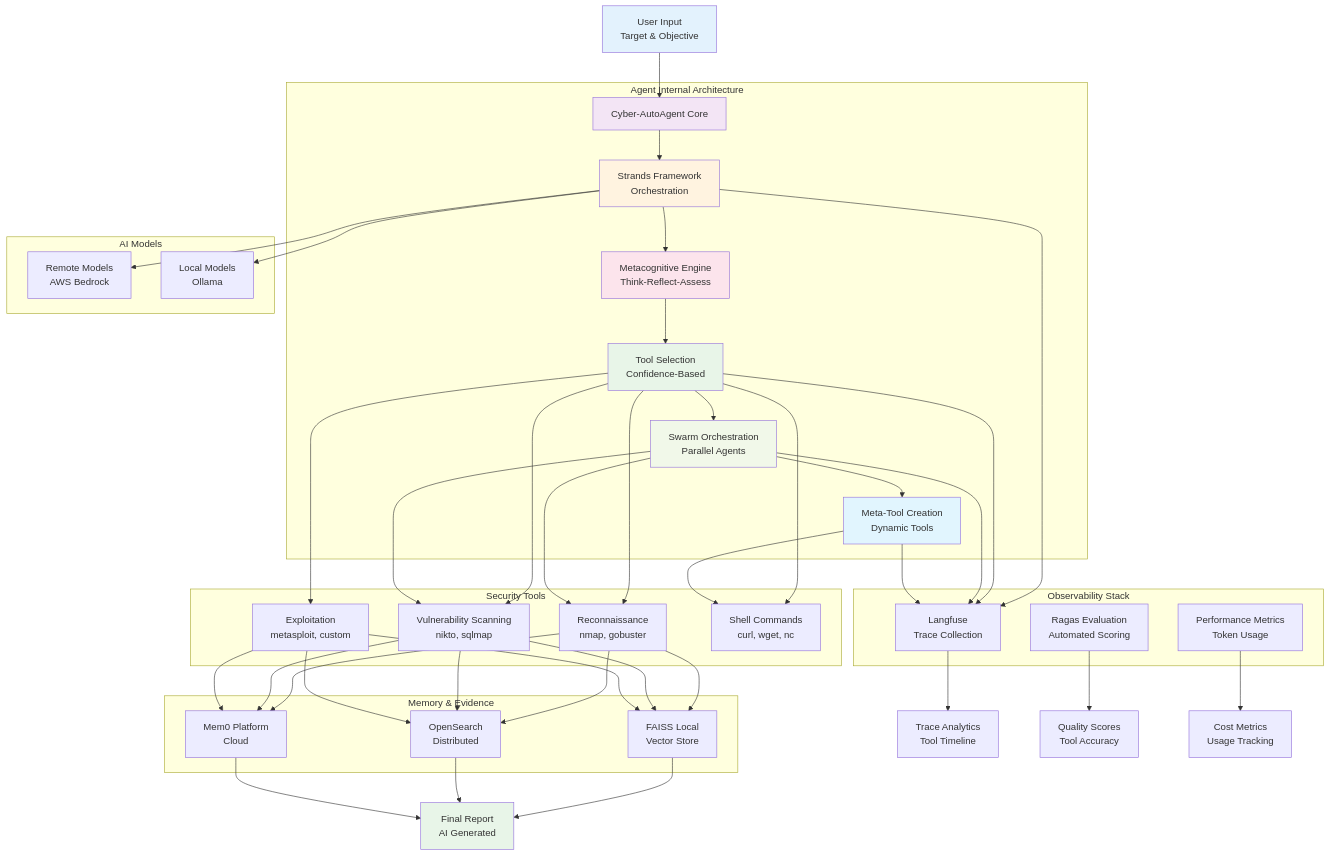
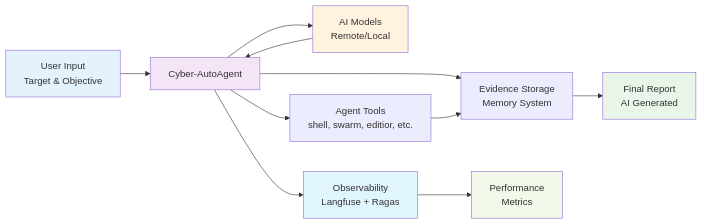
The first of 3 diagrams in README.md (westonbrown/Cyber-AutoAgent), drawn with Mermaid before and after one commit. The commit also changed other lines of this file, not shown here.

Commit message:
Refined README doc;

````diff
--- a/README.md
+++ b/README.md
@@ -108,78 +108,20 @@
 ```mermaid
-graph TB
-    A[User Input<br/>Target & Objective] --> B[Cyber-AutoAgent Core]
+graph LR
+    A[User Input<br/>Target & Objective] --> B[Cyber-AutoAgent]
+    B --> C[AI Models<br/>Remote/Local]
+    B --> D[Agent Tools<br/>shell, swarm, editior, etc.]
+    B --> E[Evidence Storage<br/>Memory System]
+    B --> O[Observability<br/>Langfuse + Ragas]
     
-    subgraph "Agent Internal Architecture"
-        B --> BA[Strands Framework<br/>Orchestration]
-        BA --> BB[Metacognitive Engine<br/>Think-Reflect-Assess]
-        BB --> BC[Tool Selection<br/>Confidence-Based]
-        BC --> BD[Swarm Orchestration<br/>Parallel Agents]
-        BD --> BE[Meta-Tool Creation<br/>Dynamic Tools]
-    end
-    
-    subgraph "AI Models"
-        C1[Remote Models<br/>AWS Bedrock]
-        C2[Local Models<br/>Ollama]
-    end
-    
-    subgraph "Security Tools"
-        D1[Reconnaissance<br/>nmap, gobuster]
-        D2[Vulnerability Scanning<br/>nikto, sqlmap]
-        D3[Exploitation<br/>metasploit, custom]
-        D4[Shell Commands<br/>curl, wget, nc]
-    end
-    
-    subgraph "Memory & Evidence"
-        E1[FAISS Local<br/>Vector Store]
-        E2[OpenSearch<br/>Distributed]
-        E3[Mem0 Platform<br/>Cloud]
-    end
-    
-    subgraph "Observability Stack"
-        O1[Langfuse<br/>Trace Collection]
-        O2[Ragas Evaluation<br/>Automated Scoring]
-        O3[Performance Metrics<br/>Token Usage]
-    end
-    
-    BA --> C1
-    BA --> C2
-    BC --> D1
-    BC --> D2
-    BC --> D3
-    BC --> D4
-    BD --> D1
-    BD --> D2
-    BE --> D4
-    
-    D1 --> E1
-    D2 --> E1
-    D3 --> E1
-    D1 --> E2
-    D2 --> E2
-    D3 --> E2
-    D1 --> E3
-    D2 --> E3
-    D3 --> E3
-    
-    BA --> O1
-    BC --> O1
-    BD --> O1
-    BE --> O1
-    
-    E1 --> F[Final Report<br/>AI Generated]
-    E2 --> F
-    E3 --> F
-    
-    O1 --> G[Trace Analytics<br/>Tool Timeline]
-    O2 --> H[Quality Scores<br/>Tool Accuracy]
-    O3 --> I[Cost Metrics<br/>Usage Tracking]
+    C --> B
+    D --> E
+    E --> F[Final Report<br/>AI Generated]
+    O --> G[Performance<br/>Metrics]
     
     style A fill:#e3f2fd
+    style F fill:#e8f5e8
     style B fill:#f3e5f5
-    style F fill:#e8f5e8
-    style BA fill:#fff3e0
-    style BB fill:#fce4ec
-    style BC fill:#e8f5e8
-    style BD fill:#f1f8e9
-    style BE fill:#e1f5fe
+    style C fill:#fff3e0
+    style O fill:#e1f5fe
+    style G fill:#f1f8e9
 ```
````
